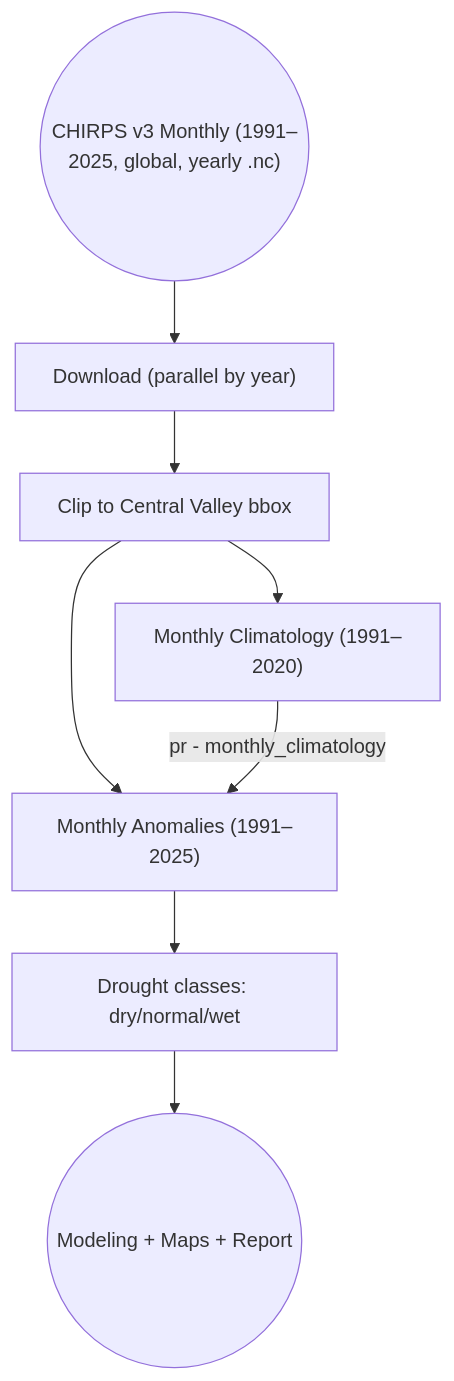
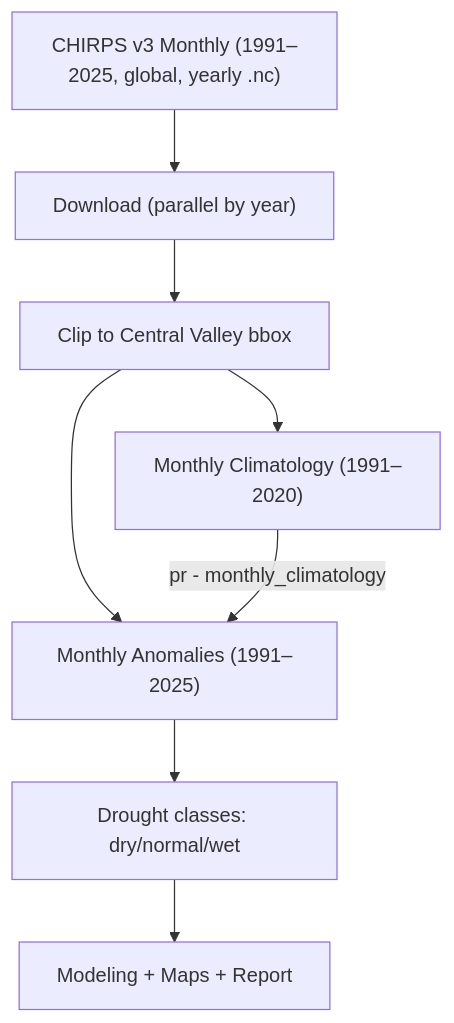
One commit to Ishtiaque-h/chirps-drought-classifier changed the diagram in README.md. Above: the diagram before and after it, drawn with Mermaid.

Commit message:
docs(readme): update README to improve pipeline flowchart

````diff
--- a/README.md
+++ b/README.md
@@ -57,19 +57,16 @@
 ```mermaid
-graph TD
-
-    A(("CHIRPS v3 Monthly (1991–2025, global, yearly .nc)"))
-    G(("Modeling + Maps + Report"))
-    B["Download (parallel by year)"]
-    C["Clip to Central Valley bbox"]
-    D["Monthly Climatology (1991–2020)"]
-    E["Monthly Anomalies (1991–2025)"]
-    F["Drought classes: dry/normal/wet"]
-
-    A --> B
-    B --> C
-    C --> D
-    C --> E
-    D --> |"pr - monthly_climatology"| E
-    E --> F
-    F --> G
+flowchart TD;
+    A["CHIRPS v3 Monthly (1991–2025, global, yearly .nc)"] --> B["Download (parallel by year)"];
+    B --> C["Clip to Central Valley bbox"];
+    
+    %% This is the key branching part
+    C --> D["Monthly Climatology (1991–2020)"];
+    C --> E["Monthly Anomalies (1991–2025)"];
+    
+    %% This is the calculation step
+    D --> |"pr - monthly_climatology"| E;
+    
+    %% This is the rest of the flow
+    E --> F["Drought classes: dry/normal/wet"];
+    F --> G["Modeling + Maps + Report"];
 ```                                   
````
